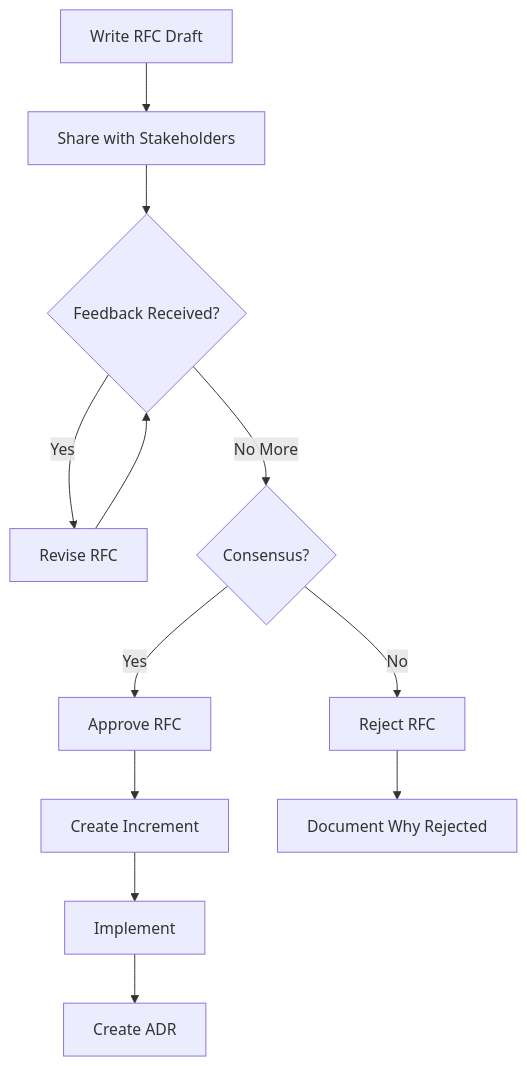
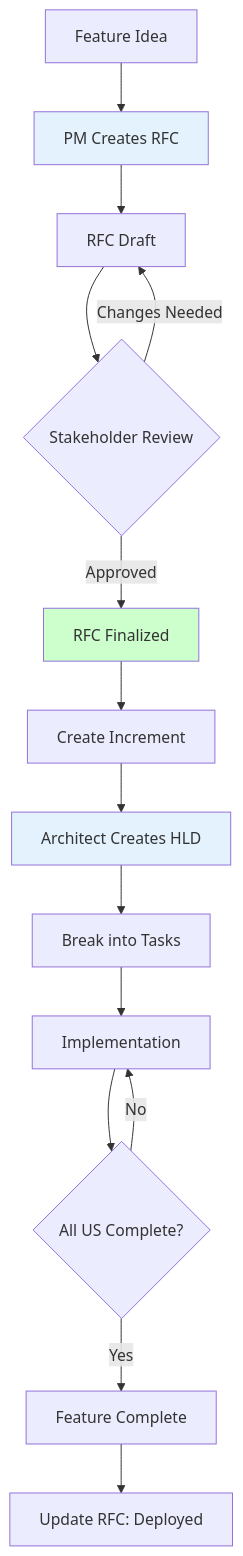
One commit to anton-abyzov/specweave changed the third of 3 diagrams in docs-site/docs/glossary/terms/rfc.md. Above: the diagram before and after it, drawn with Mermaid. The commit also changed other lines of this file and 151 other files, not shown here.

````diff
--- a/docs-site/docs/glossary/terms/rfc.md
+++ b/docs-site/docs/glossary/terms/rfc.md
@@ -118,14 +268,22 @@
 ```mermaid
-graph TD
-    A[Write RFC Draft] --> B[Share with Stakeholders]
-    B --> C{Feedback Received?}
-    C -->|Yes| D[Revise RFC]
-    D --> C
-    C -->|No More| E{Consensus?}
-    E -->|Yes| F[Approve RFC]
-    E -->|No| G[Reject RFC]
-    F --> H[Create Increment]
-    H --> I[Implement]
-    I --> J[Create ADR]
-    G --> K[Document Why Rejected]
+graph TB
+    A[Feature Idea] --> B[PM Creates RFC]
+    B --> C[RFC Draft]
+    C --> D{Stakeholder Review}
+    D -->|Changes Needed| C
+    D -->|Approved| E[RFC Finalized]
+
+    E --> F[Create Increment]
+    F --> G[Architect Creates HLD]
+    G --> H[Break into Tasks]
+    H --> I[Implementation]
+
+    I --> J{All US Complete?}
+    J -->|No| I
+    J -->|Yes| K[Feature Complete]
+    K --> L[Update RFC: Deployed]
+
+    style B fill:#e3f2fd
+    style E fill:#ccffcc
+    style G fill:#e3f2fd
 ```
````
